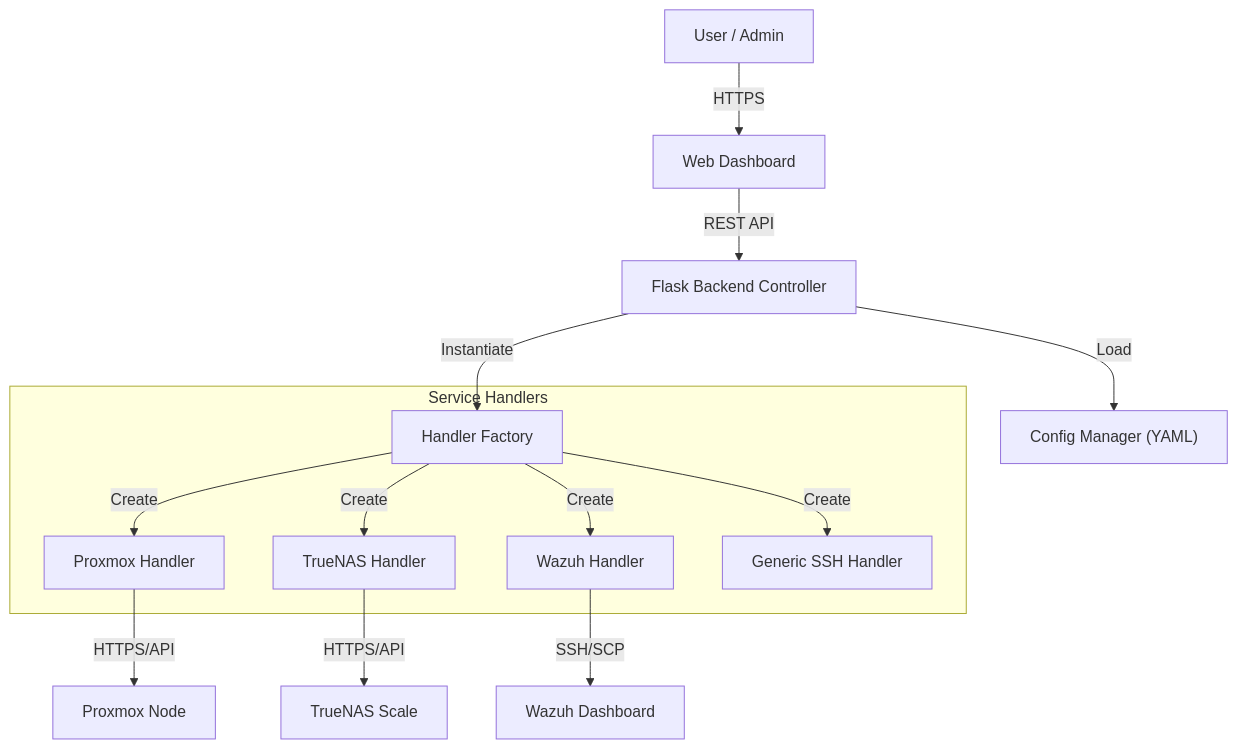
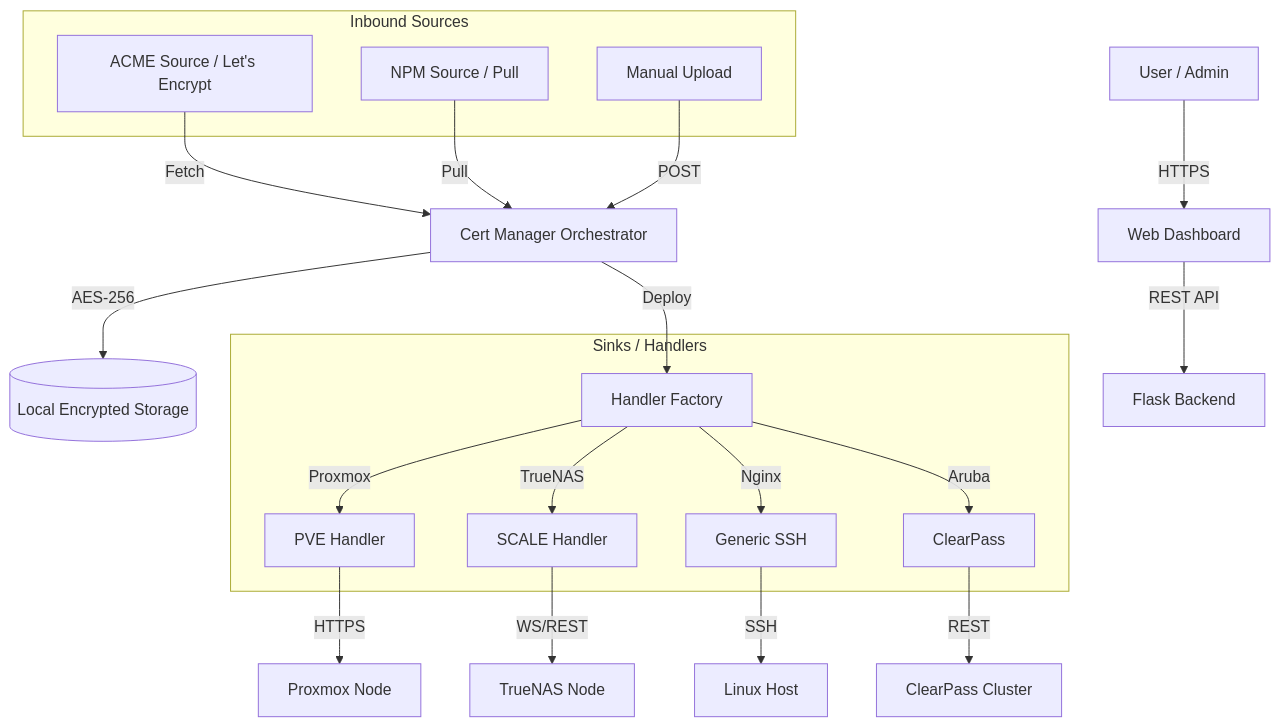
One commit to lokesh-sg/cert-automator changed the diagram in documentation/architecture.md. Above: the diagram before and after it, drawn with Mermaid. The commit also changed other lines of this file and 57 other files, not shown here.

Commit message:
Release v1.2.0.20260308.01: Native ACME, NPM Sources, and Security Hardening

````diff
--- a/documentation/architecture.md
+++ b/documentation/architecture.md
@@ -10,18 +10,31 @@
 ```mermaid
 graph TD
     User[User / Admin] -->|HTTPS| WebUI[Web Dashboard]
-    WebUI -->|REST API| Flask[Flask Backend Controller]
-    Flask -->|Load| Config["Config Manager (YAML)"]
-    Flask -->|Instantiate| Factory[Handler Factory]
+    WebUI -->|REST API| Flask[Flask Backend]
     
-    subgraph Service Handlers
-    Factory -->|Create| H1[Proxmox Handler]
-    Factory -->|Create| H2[TrueNAS Handler]
-    Factory -->|Create| H3[Wazuh Handler]
-    Factory -->|Create| H4[Generic SSH Handler]
+    subgraph Inbound Sources
+    ACME[ACME Source / Let's Encrypt]
+    NPM[NPM Source / Pull]
+    UPLOAD[Manual Upload]
     end
     
-    H1 -->|HTTPS/API| Ext1[Proxmox Node]
-    H2 -->|HTTPS/API| Ext2[TrueNAS Scale]
-    H3 -->|SSH/SCP| Ext3[Wazuh Dashboard]
+    ACME -->|Fetch| Manager[Cert Manager Orchestrator]
+    NPM -->|Pull| Manager
+    UPLOAD -->|POST| Manager
+    
+    Manager -->|AES-256| Storage[(Local Encrypted Storage)]
+    
+    Manager -->|Deploy| Factory[Handler Factory]
+    
+    subgraph Sinks / Handlers
+    Factory -->|Proxmox| H1[PVE Handler]
+    Factory -->|TrueNAS| H2[SCALE Handler]
+    Factory -->|Nginx| H3[Generic SSH]
+    Factory -->|Aruba| H4[ClearPass]
+    end
+    
+    H1 -->|HTTPS| Ext1[Proxmox Node]
+    H2 -->|WS/REST| Ext2[TrueNAS Node]
+    H3 -->|SSH| Ext3[Linux Host]
+    H4 -->|REST| Ext4[ClearPass Cluster]
 ```
````
